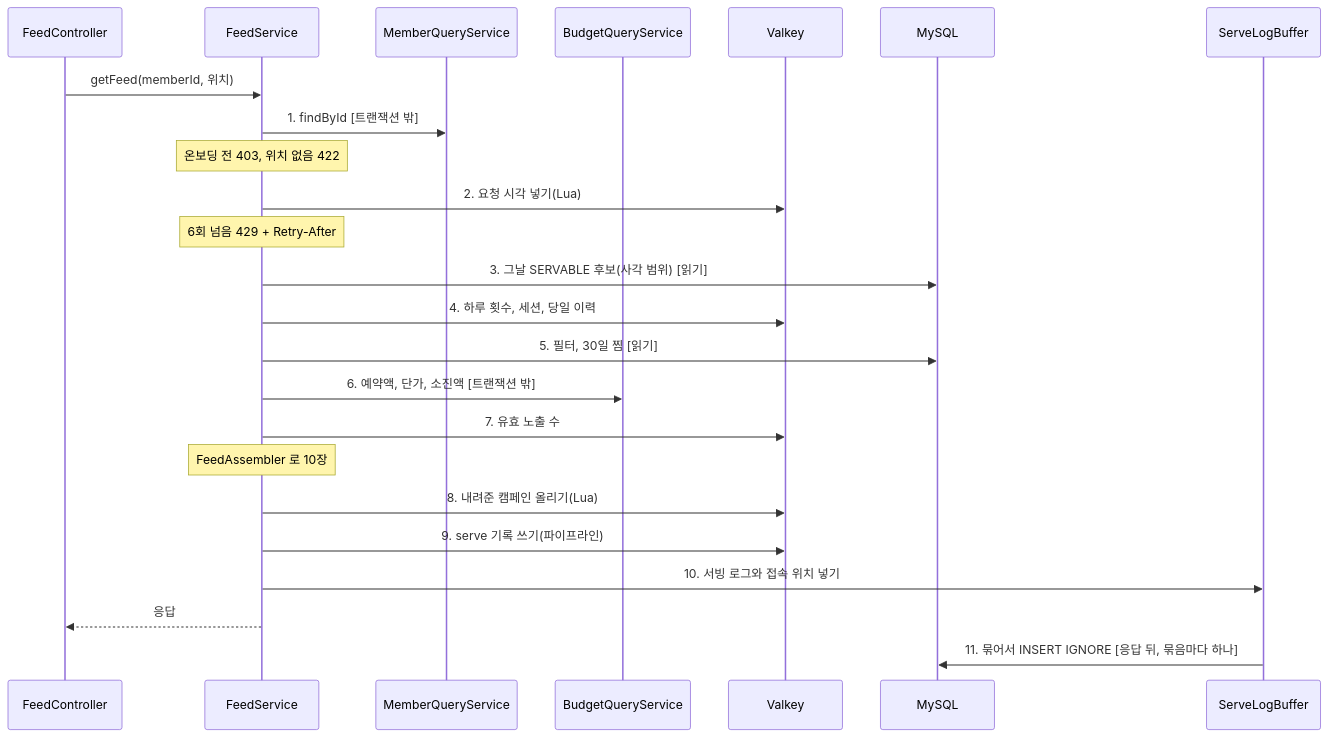
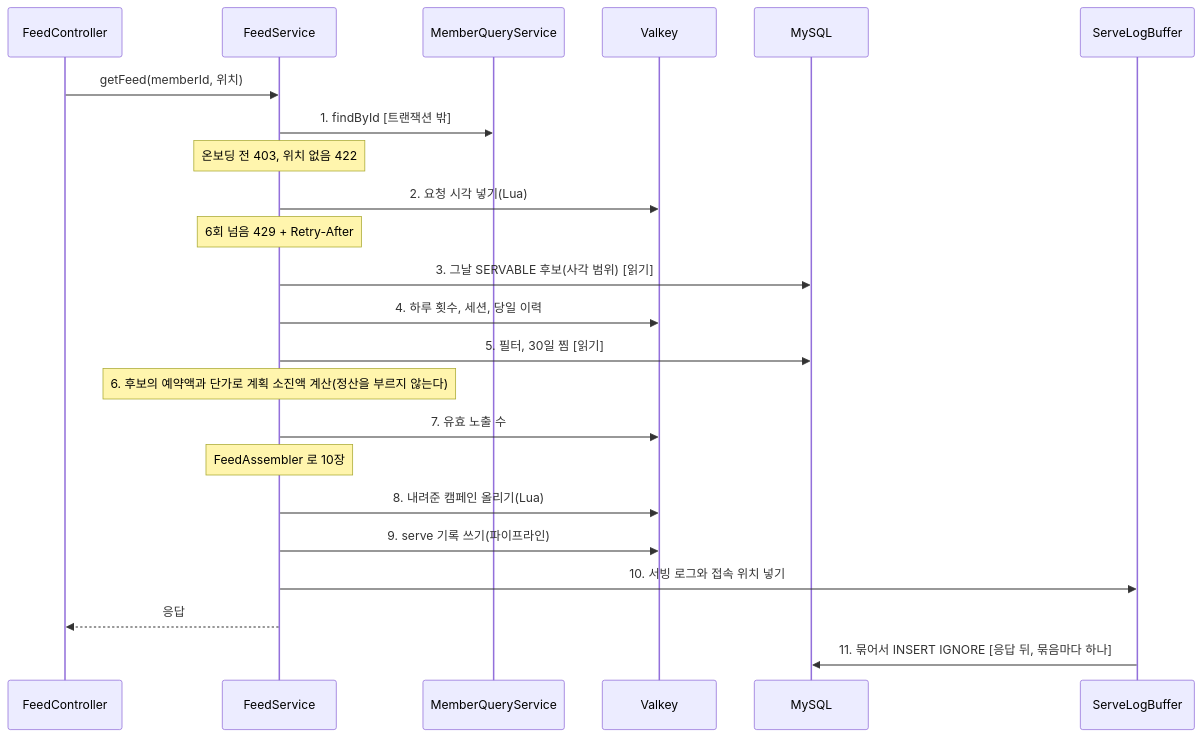
One commit to lunch-catch/lc-backend changed the second of 5 diagrams in docs/design/adserving/adserving_구조와_동작_설계.md. Above: the diagram before and after it, drawn with Mermaid. The commit also changed other lines of this file and 21 other files, not shown here.

````diff
--- a/docs/design/adserving/adserving_구조와_동작_설계.md
+++ b/docs/design/adserving/adserving_구조와_동작_설계.md
@@ -417,26 +421,25 @@
 ```mermaid
 sequenceDiagram
     participant C as FeedController
     participant S as FeedService
     participant M as MemberQueryService
-    participant B as BudgetQueryService
     participant V as Valkey
     participant DB as MySQL
     participant W as ServeLogBuffer
     C->>S: getFeed(memberId, 위치)
     S->>M: 1. findById [트랜잭션 밖]
     Note over S: 온보딩 전 403, 위치 없음 422
     S->>V: 2. 요청 시각 넣기(Lua)
     Note over S: 6회 넘음 429 + Retry-After
     S->>DB: 3. 그날 SERVABLE 후보(사각 범위) [읽기]
     S->>V: 4. 하루 횟수, 세션, 당일 이력
     S->>DB: 5. 필터, 30일 찜 [읽기]
-    S->>B: 6. 예약액, 단가, 소진액 [트랜잭션 밖]
+    Note over S: 6. 후보의 예약액과 단가로 계획 소진액 계산(정산을 부르지 않는다)
     S->>V: 7. 유효 노출 수
     Note over S: FeedAssembler 로 10장
     S->>V: 8. 내려준 캠페인 올리기(Lua)
     S->>V: 9. serve 기록 쓰기(파이프라인)
     S->>W: 10. 서빙 로그와 접속 위치 넣기
     S-->>C: 응답
     W->>DB: 11. 묶어서 INSERT IGNORE [응답 뒤, 묶음마다 하나]
 ```
````
